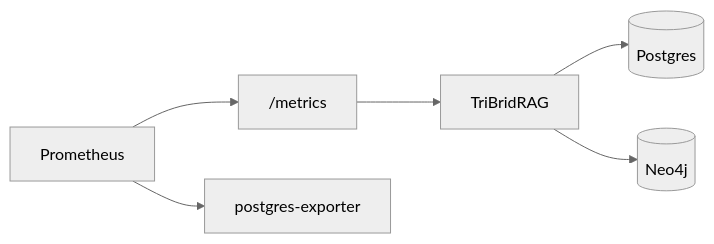
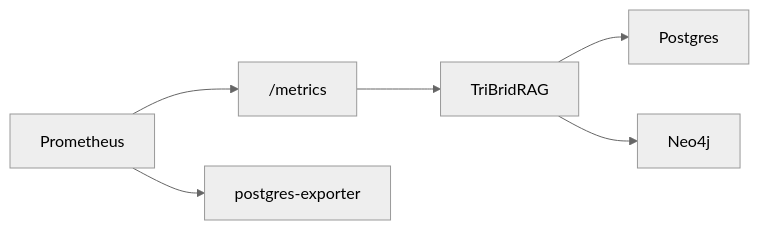
The diagram in mkdocs/docs/operations.md (DMontgomery40/tribrid-rag), drawn with Mermaid (neutral theme) before and after one commit. The commit also changed other lines of this file and 72 other files, not shown here.

````diff
--- a/mkdocs/docs/operations.md
+++ b/mkdocs/docs/operations.md
@@ -49,8 +48,8 @@
 ```mermaid
 flowchart LR
     Scrape["Prometheus"] --> API_METRICS["/metrics"]
     API_METRICS --> APP["TriBridRAG"]
-    APP --> PG[("Postgres")]
-    APP --> NEO[("Neo4j")]
+    APP --> PG["Postgres"]
+    APP --> NEO["Neo4j"]
     Scrape --> PExp["postgres-exporter"]
 ```
````
